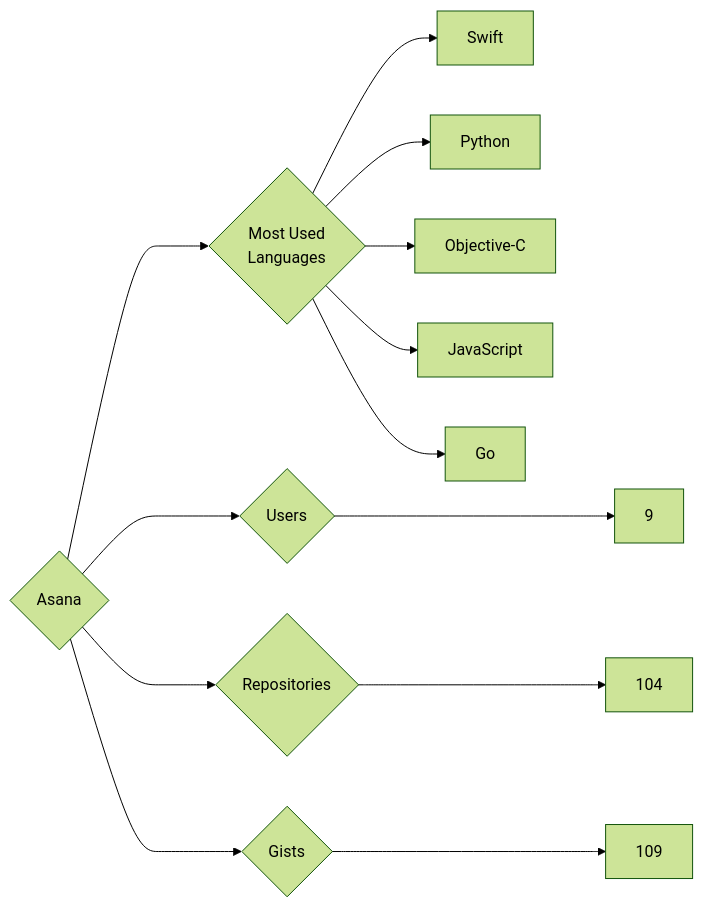
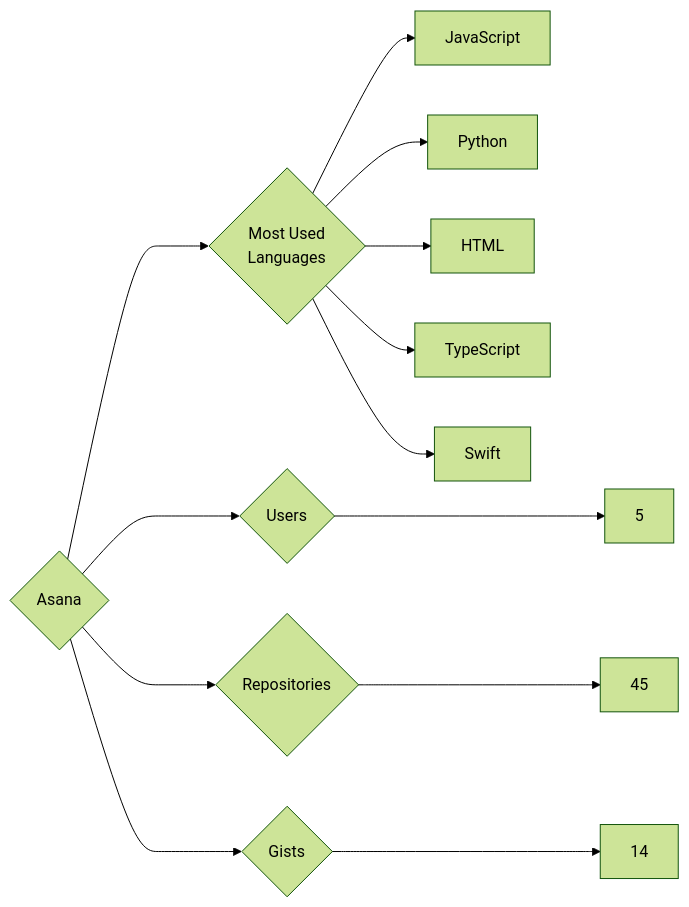
One commit to trickest/insiders changed the diagram in targets/Asana/README.md. Above: the diagram before and after it, drawn with Mermaid (forest theme). The commit also changed 997 other files, not shown here.

````diff
--- a/targets/Asana/README.md
+++ b/targets/Asana/README.md
@@ -3,13 +3,13 @@
 ```mermaid
 graph LR
 COMPANY_NAME{Asana}
-COMPANY_NAME ---> U{Users} ---> UN[9]
-COMPANY_NAME ---> R{Repositories} ---> RN[104]
-COMPANY_NAME ---> G{Gists} ---> GN[109]
+COMPANY_NAME ---> U{Users} ---> UN[5]
+COMPANY_NAME ---> R{Repositories} ---> RN[45]
+COMPANY_NAME ---> G{Gists} ---> GN[14]
 COMPANY_NAME ---> ML{Most Used<br>Languages}
+ML --> JavaScript[JavaScript]
+ML --> Python[Python]
+ML --> HTML[HTML]
+ML --> TypeScript[TypeScript]
 ML --> Swift[Swift]
-ML --> Python[Python]
-ML --> Objective-C[Objective-C]
-ML --> JavaScript[JavaScript]
-ML --> Go[Go]
 ```
````
